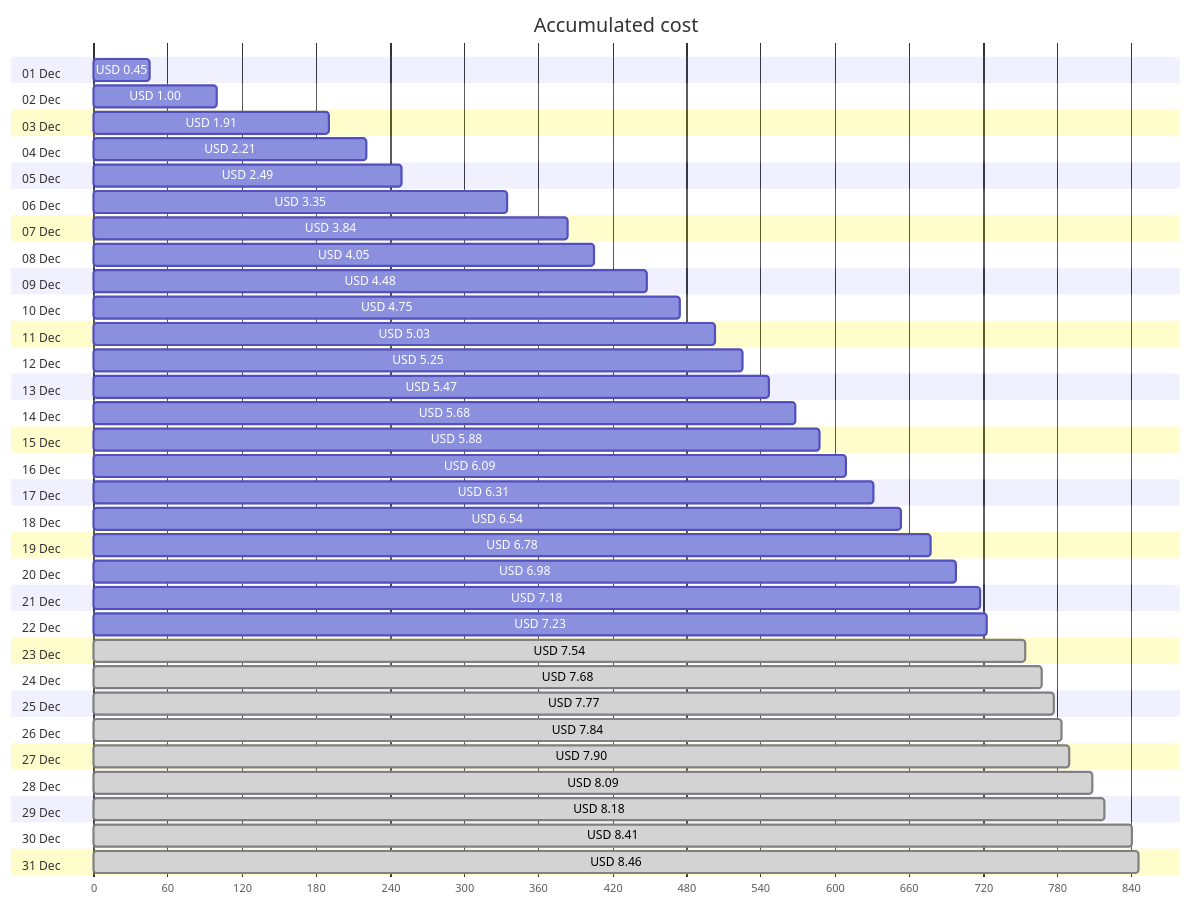
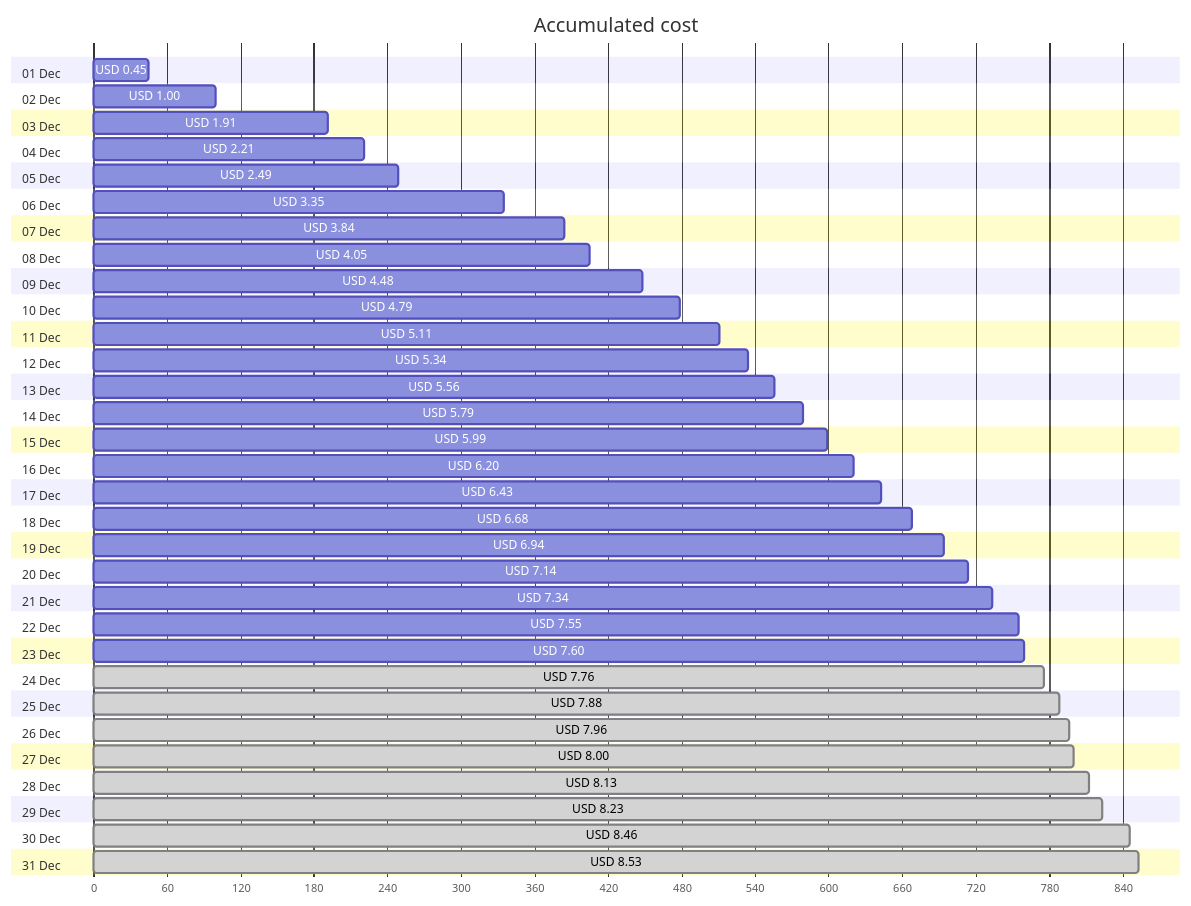
Before and after one commit to jpfulton/azure-personal-reports: the first of 4 diagrams in cost-reports/personal-network/vpn-server.md, drawn with Mermaid. The commit also changed other lines of this file and 8 other files, not shown here.

````diff
--- a/cost-reports/personal-network/vpn-server.md
+++ b/cost-reports/personal-network/vpn-server.md
@@ -20,68 +20,68 @@
 ```mermaid
 gantt
    title Accumulated cost
    dateFormat  X
    axisFormat %s
    section 01 Dec
    USD 0.45 :0, 45
    section 02 Dec
    USD 1.00 :0, 100
    section 03 Dec
    USD 1.91 :0, 191
    section 04 Dec
    USD 2.21 :0, 221
    section 05 Dec
    USD 2.49 :0, 249
    section 06 Dec
    USD 3.35 :0, 335
    section 07 Dec
    USD 3.84 :0, 384
    section 08 Dec
    USD 4.05 :0, 405
    section 09 Dec
    USD 4.48 :0, 448
    section 10 Dec
-   USD 4.75 :0, 475
+   USD 4.79 :0, 479
    section 11 Dec
-   USD 5.03 :0, 503
+   USD 5.11 :0, 511
    section 12 Dec
-   USD 5.25 :0, 525
+   USD 5.34 :0, 534
    section 13 Dec
-   USD 5.47 :0, 547
+   USD 5.56 :0, 556
    section 14 Dec
-   USD 5.68 :0, 568
+   USD 5.79 :0, 579
    section 15 Dec
-   USD 5.88 :0, 588
+   USD 5.99 :0, 599
    section 16 Dec
-   USD 6.09 :0, 609
+   USD 6.20 :0, 620
    section 17 Dec
-   USD 6.31 :0, 631
+   USD 6.43 :0, 643
    section 18 Dec
-   USD 6.54 :0, 654
+   USD 6.68 :0, 668
    section 19 Dec
-   USD 6.78 :0, 678
+   USD 6.94 :0, 694
    section 20 Dec
-   USD 6.98 :0, 698
+   USD 7.14 :0, 714
    section 21 Dec
-   USD 7.18 :0, 718
+   USD 7.34 :0, 734
    section 22 Dec
-   USD 7.23 :0, 723
+   USD 7.55 :0, 755
    section 23 Dec
-   USD 7.54 : done, 0, 754
+   USD 7.60 :0, 760
    section 24 Dec
-   USD 7.68 : done, 0, 768
+   USD 7.76 : done, 0, 776
    section 25 Dec
-   USD 7.77 : done, 0, 777
+   USD 7.88 : done, 0, 788
    section 26 Dec
-   USD 7.84 : done, 0, 784
+   USD 7.96 : done, 0, 796
    section 27 Dec
-   USD 7.90 : done, 0, 790
+   USD 8.00 : done, 0, 800
    section 28 Dec
-   USD 8.09 : done, 0, 809
+   USD 8.13 : done, 0, 813
    section 29 Dec
-   USD 8.18 : done, 0, 818
+   USD 8.23 : done, 0, 823
    section 30 Dec
-   USD 8.41 : done, 0, 841
+   USD 8.46 : done, 0, 846
    section 31 Dec
-   USD 8.46 : done, 0, 846
+   USD 8.53 : done, 0, 853
 ```
````
